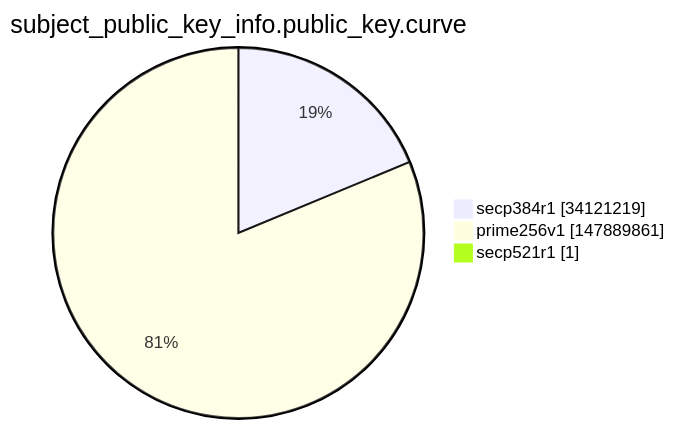
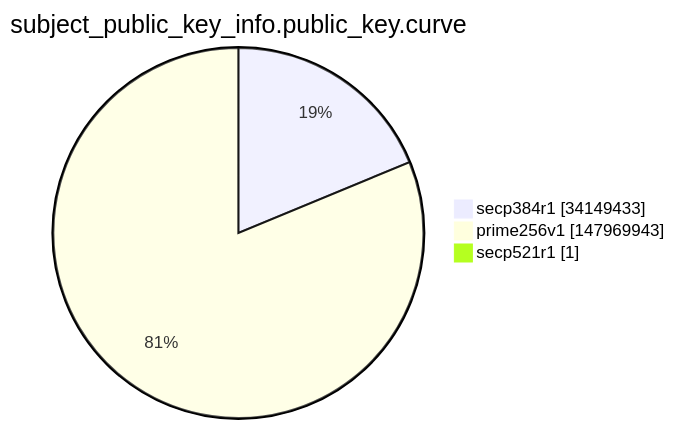
Before and after one commit to christiankrug/ctmonitor_visualization: the ninth of 15 diagrams in argon2022/README.md, drawn with Mermaid. The commit also changed other lines of this file, not shown here.

````diff
--- a/argon2022/README.md
+++ b/argon2022/README.md
@@ -2764,7 +2764,7 @@
 ```mermaid
 pie showData
 title subject_public_key_info.public_key.curve
-"secp384r1" :34121219
-"prime256v1" :147889861
+"secp384r1" :34149433
+"prime256v1" :147969943
 "secp521r1" :1
 ```
````
